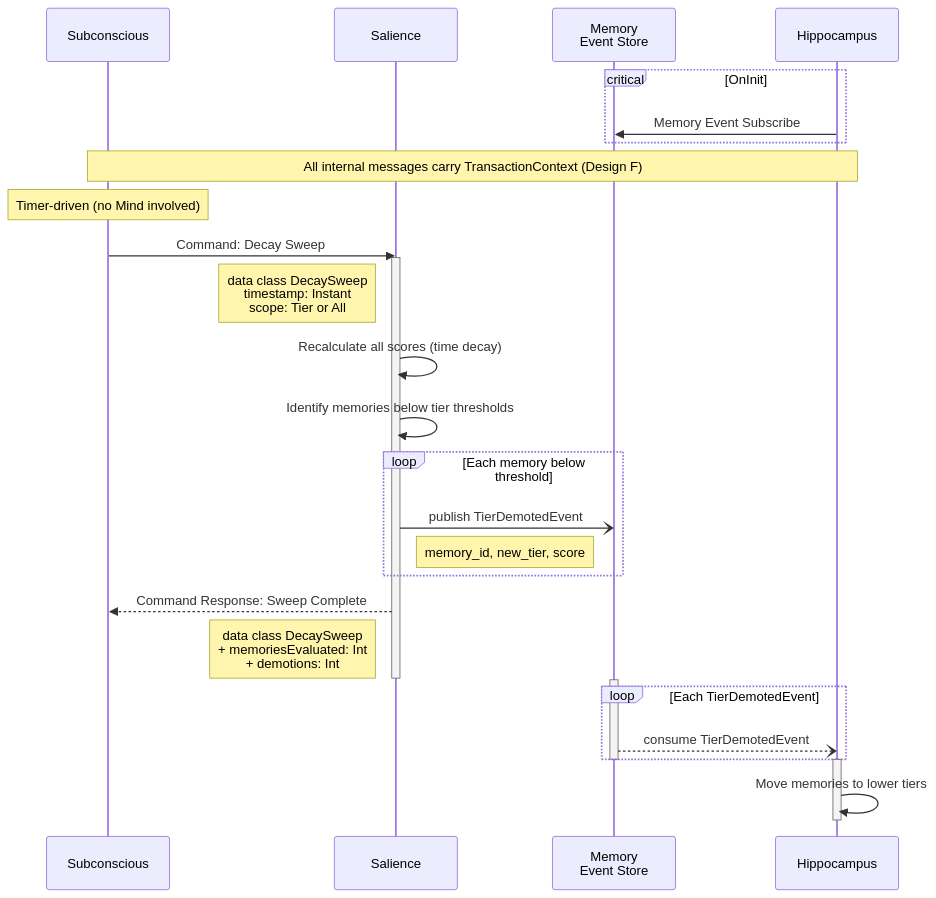
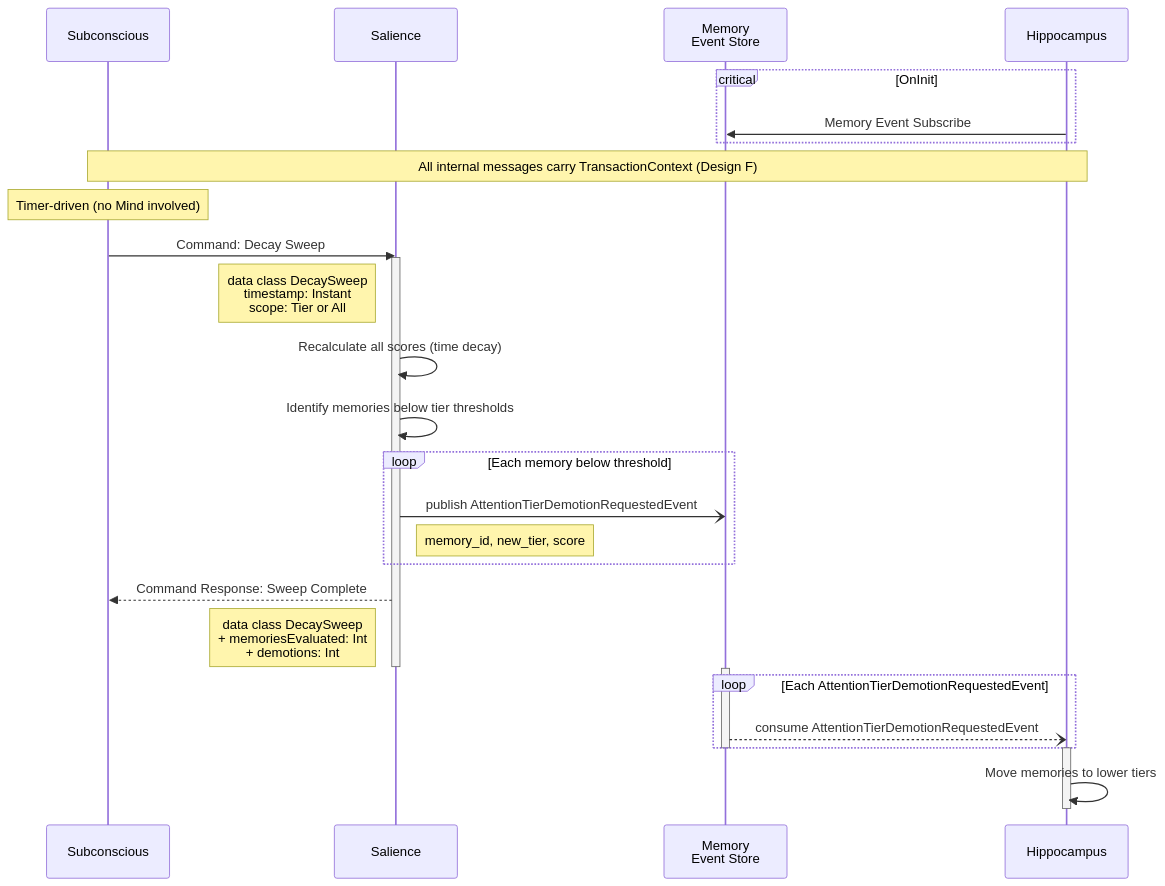
One commit to Mimis-Gildi/mcp-total-recall changed the diagram in site/_includes/diagrams/msg-0004-decay-sweep.mmd. Above: the diagram before and after it, drawn with Mermaid. The commit also changed 109 other files, not shown here.

```diff
--- a/site/_includes/diagrams/msg-0004-decay-sweep.mmd
+++ b/site/_includes/diagrams/msg-0004-decay-sweep.mmd
@@ -1,38 +1,38 @@
 sequenceDiagram
     participant SB as Subconscious
     participant SL as Salience
     participant ES as Memory<br/> Event Store
     participant HP as Hippocampus
 
     critical OnInit
         HP ->> ES: Memory Event Subscribe
     end
 
     Note over SB,HP: All internal messages carry TransactionContext (Design F)
 
     Note over SB: Timer-driven (no Mind involved)
     SB->>SL: Command: Decay Sweep
     activate SL
     Note left of SL: data class DecaySweep<br/>timestamp: Instant<br/>scope: Tier or All
 
     SL->>SL: Recalculate all scores (time decay)
     SL->>SL: Identify memories below tier thresholds
 
     loop Each memory below threshold
-        SL-)ES: publish TierDemotedEvent
+        SL-)ES: publish AttentionTierDemotionRequestedEvent
         Note right of SL: memory_id, new_tier, score
     end
 
     SL-->>SB: Command Response: Sweep Complete
     Note left of SL: data class DecaySweep<br/>+ memoriesEvaluated: Int<br/>+ demotions: Int
     deactivate SL
 
     activate ES
-    loop Each TierDemotedEvent
-        ES--)HP: consume TierDemotedEvent
+    loop Each AttentionTierDemotionRequestedEvent
+        ES--)HP: consume AttentionTierDemotionRequestedEvent
     end
     deactivate ES
 
     activate HP
     HP->>HP: Move memories to lower tiers
     deactivate HP
```
